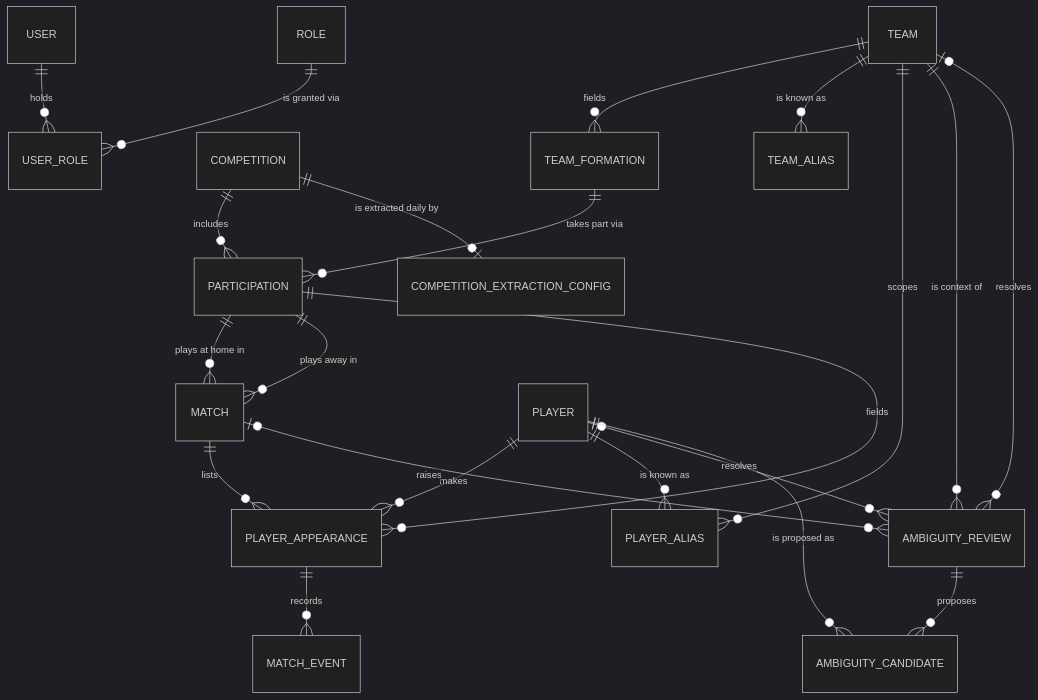
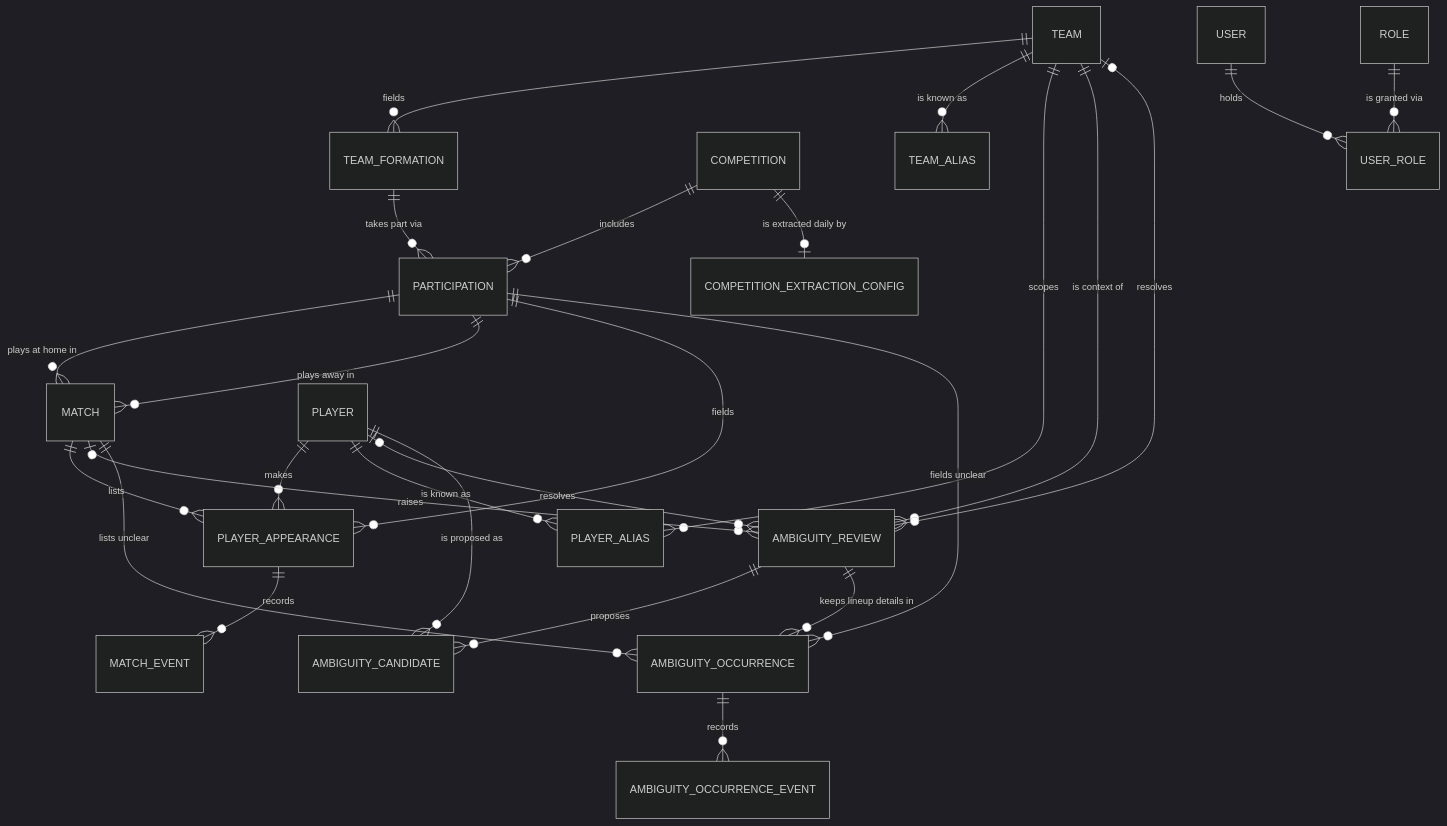
Before and after one commit to ivannov/player-tracker: the diagram in website/docs/entity_model.md, drawn with Mermaid (dark theme). The commit also changed other lines of this file and 13 other files, not shown here.

````diff
--- a/website/docs/entity_model.md
+++ b/website/docs/entity_model.md
@@ -5,24 +5,28 @@
 ```mermaid
 erDiagram
     TEAM ||--o{ TEAM_FORMATION : "fields"
     TEAM_FORMATION ||--o{ PARTICIPATION : "takes part via"
     COMPETITION ||--o{ PARTICIPATION : "includes"
     COMPETITION ||--o| COMPETITION_EXTRACTION_CONFIG : "is extracted daily by"
     PARTICIPATION ||--o{ MATCH : "plays at home in"
     PARTICIPATION ||--o{ MATCH : "plays away in"
     PLAYER ||--o{ PLAYER_APPEARANCE : "makes"
     MATCH ||--o{ PLAYER_APPEARANCE : "lists"
     PARTICIPATION ||--o{ PLAYER_APPEARANCE : "fields"
     PLAYER_APPEARANCE ||--o{ MATCH_EVENT : "records"
     TEAM ||--o{ TEAM_ALIAS : "is known as"
     PLAYER ||--o{ PLAYER_ALIAS : "is known as"
     TEAM ||--o{ PLAYER_ALIAS : "scopes"
     TEAM ||--o{ AMBIGUITY_REVIEW : "is context of"
     MATCH |o--o{ AMBIGUITY_REVIEW : "raises"
     PLAYER |o--o{ AMBIGUITY_REVIEW : "resolves"
     TEAM |o--o{ AMBIGUITY_REVIEW : "resolves"
     AMBIGUITY_REVIEW ||--o{ AMBIGUITY_CANDIDATE : "proposes"
+    AMBIGUITY_REVIEW ||--o{ AMBIGUITY_OCCURRENCE : "keeps lineup details in"
+    MATCH ||--o{ AMBIGUITY_OCCURRENCE : "lists unclear"
+    PARTICIPATION ||--o{ AMBIGUITY_OCCURRENCE : "fields unclear"
+    AMBIGUITY_OCCURRENCE ||--o{ AMBIGUITY_OCCURRENCE_EVENT : "records"
     PLAYER ||--o{ AMBIGUITY_CANDIDATE : "is proposed as"
     USER ||--o{ USER_ROLE : "holds"
     ROLE ||--o{ USER_ROLE : "is granted via"
 ```
````
